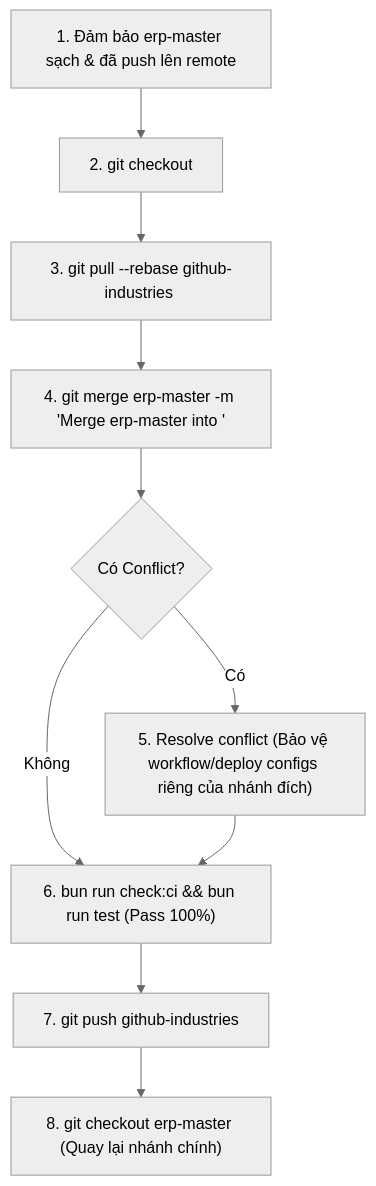
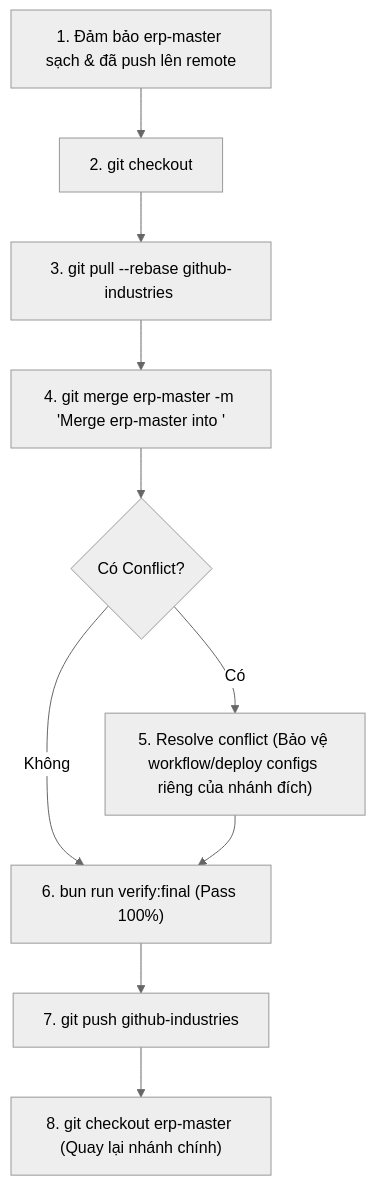
The third of 3 diagrams in .agents/workflows/erp-git-workflow.md (kindustries-erp/erp-web), drawn with Mermaid (neutral theme) before and after one commit. The commit also changed other lines of this file and 11 other files, not shown here.

````diff
--- a/.agents/workflows/erp-git-workflow.md
+++ b/.agents/workflows/erp-git-workflow.md
@@ -159,12 +153,12 @@
 ```mermaid
 graph TD
     M1["1. Đảm bảo erp-master sạch & đã push lên remote"] --> M2["2. git checkout <target-branch>"]
     M2 --> M3["3. git pull --rebase github-industries <target-branch>"]
     M3 --> M4["4. git merge erp-master -m 'Merge erp-master into <target-branch>'"]
     M4 --> M5{"Có Conflict?"}
     M5 -- Có --> M6["5. Resolve conflict (Bảo vệ workflow/deploy configs riêng của nhánh đích)"]
-    M5 -- Không --> M7["6. bun run check:ci && bun run test (Pass 100%)"]
+    M5 -- Không --> M7["6. bun run verify:final (Pass 100%)"]
     M6 --> M7
     M7 --> M8["7. git push github-industries <target-branch>"]
     M8 --> M9["8. git checkout erp-master (Quay lại nhánh chính)"]
 ```
````
